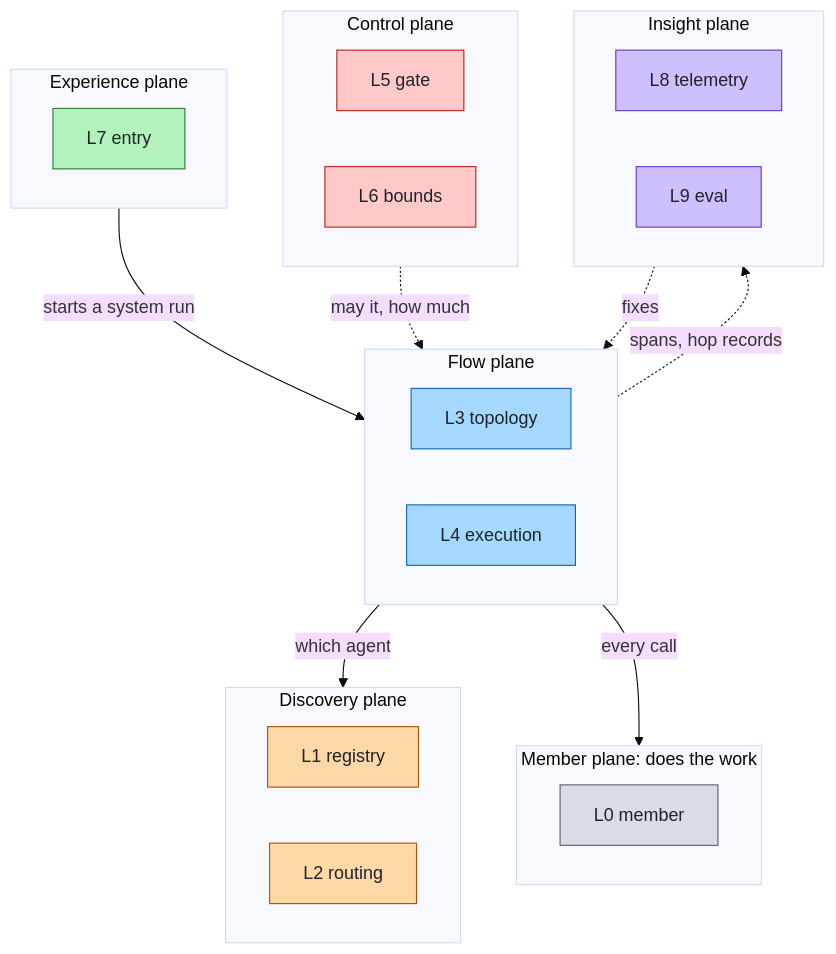
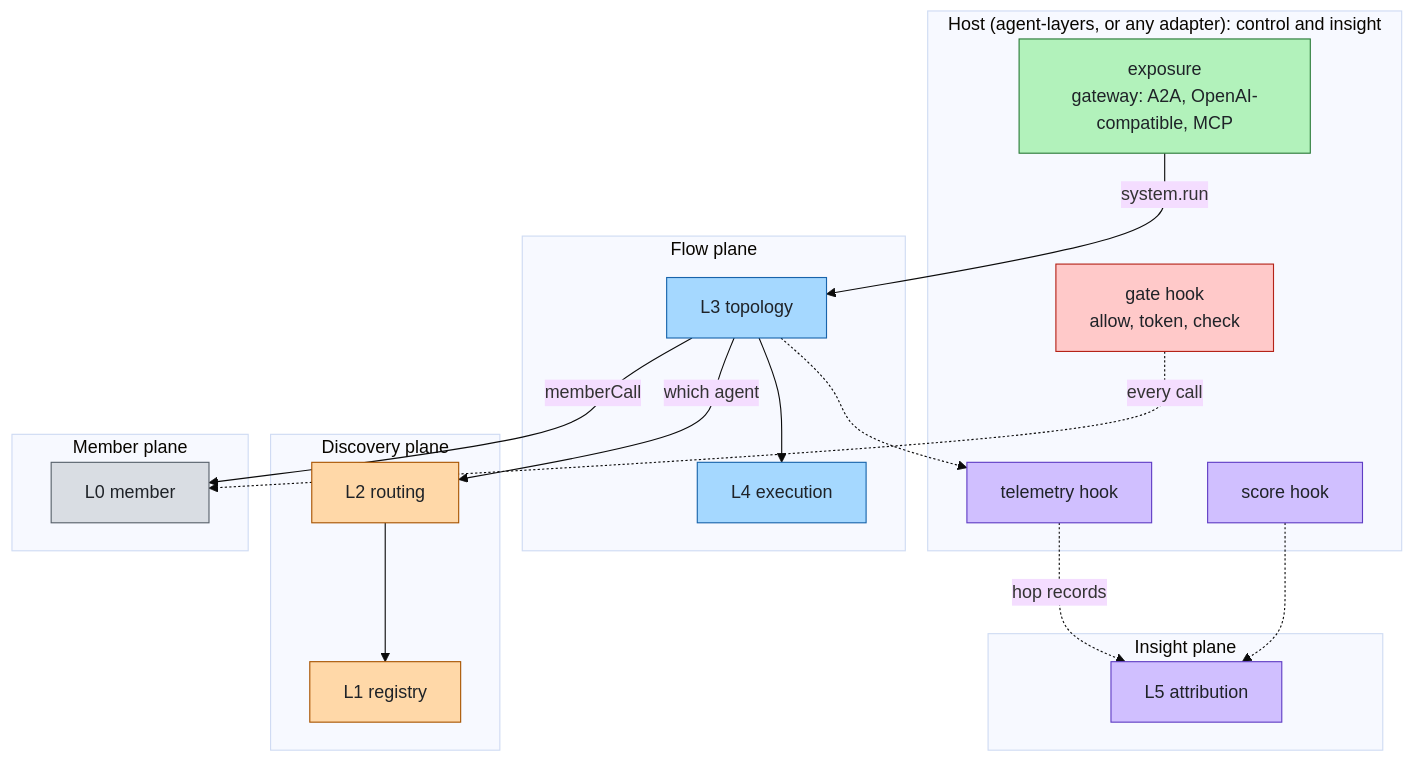
Before and after one commit to aantenore/agent-plexus: the diagram in docs/design.md, drawn with Mermaid (base theme). The commit also changed other lines of this file and 4 other files, not shown here.

Commit message:
docs!: six layers between agents, control and insight from a host

````diff
--- a/docs/design.md
+++ b/docs/design.md
@@ -32,37 +50,37 @@
 ```mermaid
 flowchart TB
-  subgraph exp["Experience plane"]
-    entry["L7 entry"]:::experience
-  end
-  subgraph ctl["Control plane"]
-    gate["L5 gate"]:::control
-    bounds["L6 bounds"]:::control
+  subgraph hostp["Host (agent-layers, or any adapter): control and insight"]
+    gate["gate hook<br/>allow, token, check"]:::control
+    tel["telemetry hook"]:::insight
+    score["score hook"]:::insight
+    expose["exposure<br/>gateway: A2A, OpenAI-compatible, MCP"]:::experience
   end
   subgraph flw["Flow plane"]
     topology["L3 topology"]:::agent
     execution["L4 execution"]:::agent
   end
   subgraph dsc["Discovery plane"]
     registry["L1 registry"]:::model
     routing["L2 routing"]:::model
   end
-  subgraph ins["Insight plane"]
-    telemetry["L8 telemetry"]:::insight
-    eval["L9 eval"]:::insight
-  end
-  subgraph mbr["Member plane: does the work"]
+  subgraph mbr["Member plane"]
     member["L0 member"]:::foundation
   end
-  exp -->|"starts a system run"| flw
-  flw -->|"which agent"| dsc
-  ctl -.->|"may it, how much"| flw
-  flw -->|"every call"| mbr
-  flw -.->|"spans, hop records"| ins
-  ins -.->|"fixes"| flw
+  subgraph ins["Insight plane"]
+    attribution["L5 attribution"]:::insight
+  end
+  expose -->|"system.run"| topology
+  topology -->|"which agent"| routing --> registry
+  topology --> execution
+  topology -->|"memberCall"| member
+  gate -.->|"every call"| member
+  topology -.-> tel
+  tel -.->|"hop records"| attribution
+  score -.-> attribution
   classDef foundation fill:#d9dde3,stroke:#57606a,color:#1f2328
   classDef model fill:#ffd8a8,stroke:#a85400,color:#1f2328
   classDef agent fill:#a5d8ff,stroke:#1864ab,color:#1f2328
   classDef control fill:#ffc9c9,stroke:#b42318,color:#1f2328
   classDef experience fill:#b2f2bb,stroke:#2a7a38,color:#1f2328
   classDef insight fill:#d0bfff,stroke:#5f3dc4,color:#1f2328
 ```
````
